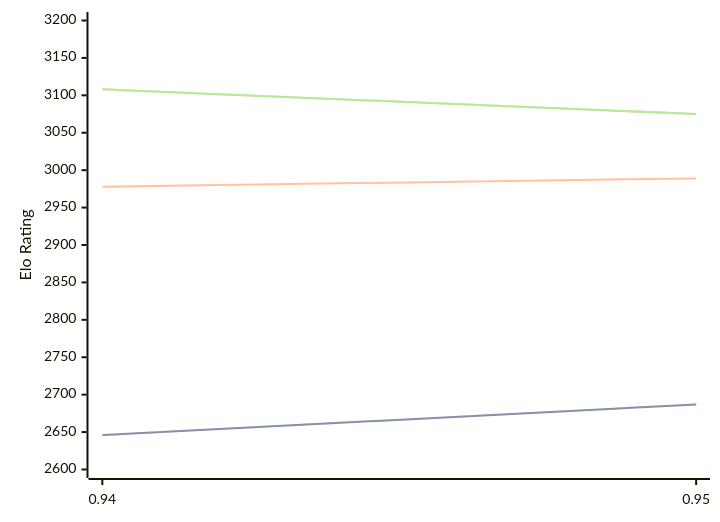
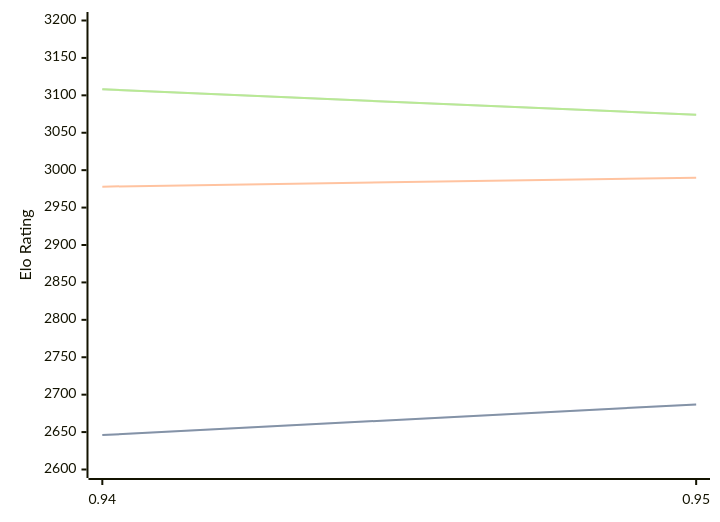
Before and after one commit to computer-chess-index/cci: the diagram in engines/Myrddin.md, drawn with Mermaid. The commit also changed other lines of this file, not shown here.

Commit message:
Update CCI Ratings (ELO VLTC) - 2026-05-13

````diff
--- a/engines/Myrddin.md
+++ b/engines/Myrddin.md
@@ -37,11 +37,11 @@
 ```mermaid
 %%{init: {"theme":"base","themeVariables":{"seriesColors:['#a3a3a3','#222221','#faa371']}}}%%
 xychart-beta
   x-axis ["0.94", "0.95"]
   y-axis "Elo Rating" 2600 --> 3200
   line "STC (8.0+0.08s)" [2646, 2687]
   line "STC (8.0+0.08s)" [2646, 2687]
-  line "LTC (60.0+0.60s)" [2978, 2989]
-  line "VLTC (2m24s+1.12s)" [3108, 3075]
-  line "VLTC (2m24s+1.12s)" [3108, 3075]
+  line "LTC (60.0+0.60s)" [2978, 2990]
+  line "VLTC (2m24s+1.12s)" [3108, 3074]
+  line "VLTC (2m24s+1.12s)" [3108, 3074]
 ```
````
